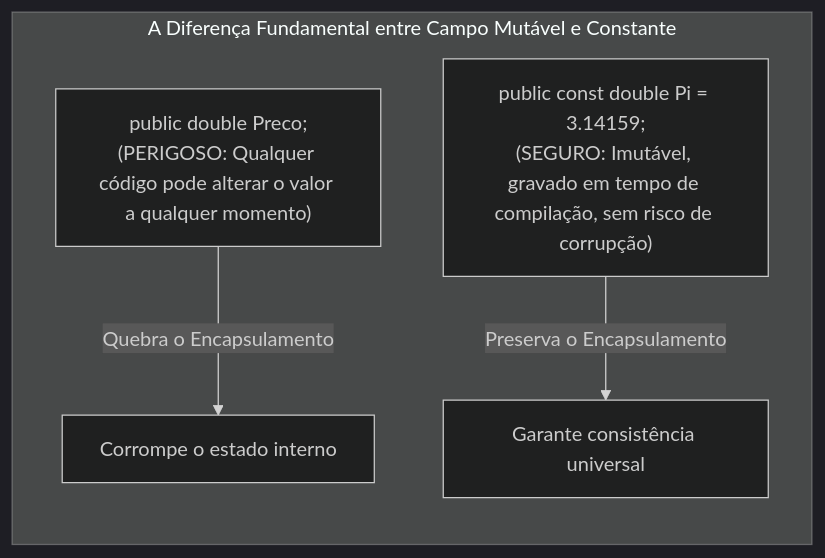
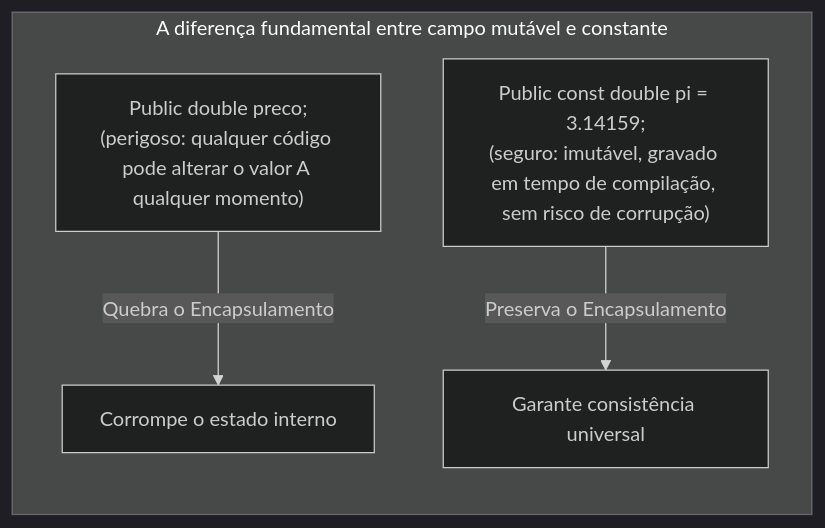
The fourth of 5 diagrams in 01. Programacao Modular/12. Modificadores de acesso (visibilidade e níveis de proteção no encapsulamento).md (leorruas/puc), drawn with Mermaid (dark theme) before and after one commit. The commit also changed other lines of this file and 10 other files, not shown here.

````diff
--- a/01. Programacao Modular/12. Modificadores de acesso (visibilidade e níveis de proteção no encapsulamento).md
+++ b/01. Programacao Modular/12. Modificadores de acesso (visibilidade e níveis de proteção no encapsulamento).md
@@ -222,11 +424,11 @@
 ```mermaid
 flowchart TD
-    subgraph ComparativoCampos ["A Diferença Fundamental entre Campo Mutável e Constante"]
+    subgraph ComparativoCampos ["A diferença fundamental entre campo mutável e constante"]
         direction TB
-        Mutavel["public double Preco;<br>(PERIGOSO: Qualquer código pode alterar o valor a qualquer momento)"]
-        Constante["public const double Pi = 3.14159;<br>(SEGURO: Imutável, gravado em tempo de compilação, sem risco de corrupção)"]
+        Mutavel["Public double preco;<br>(perigoso: qualquer código pode alterar o valor A qualquer momento)"]
+        Constante["Public const double pi = 3.14159;<br>(seguro: imutável, gravado em tempo de compilação, sem risco de corrupção)"]
 
         Mutavel -->|Quebra o Encapsulamento| Erro["Corrompe o estado interno"]
         Constante -->|Preserva o Encapsulamento| Sucesso["Garante consistência universal"]
     end
 ```
````
